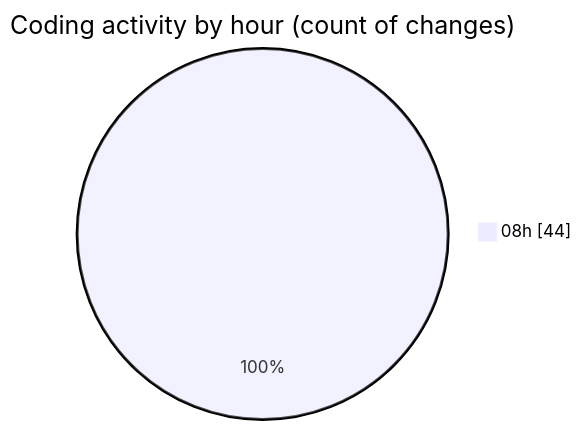
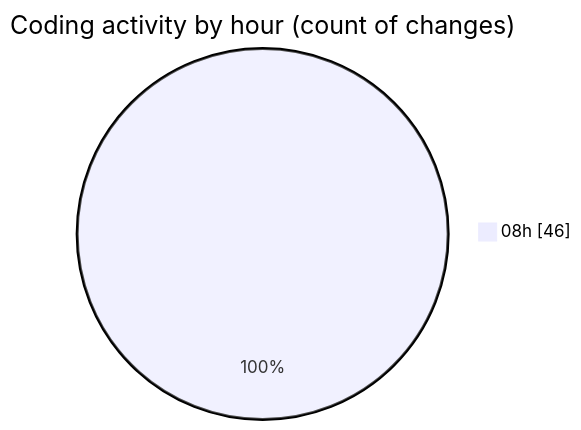
Before and after one commit to momahboobian/code-tracking: the second of 2 diagrams in 2026-05-01/cda/README.md, drawn with Mermaid. The commit also changed other lines of this file and 1 other file, not shown here.

````diff
--- a/2026-05-01/cda/README.md
+++ b/2026-05-01/cda/README.md
@@ -72,5 +72,5 @@
 ```mermaid
 pie showData
 title Coding activity by hour (count of changes)
-"08h" : 44
+"08h" : 46
 ```
````
